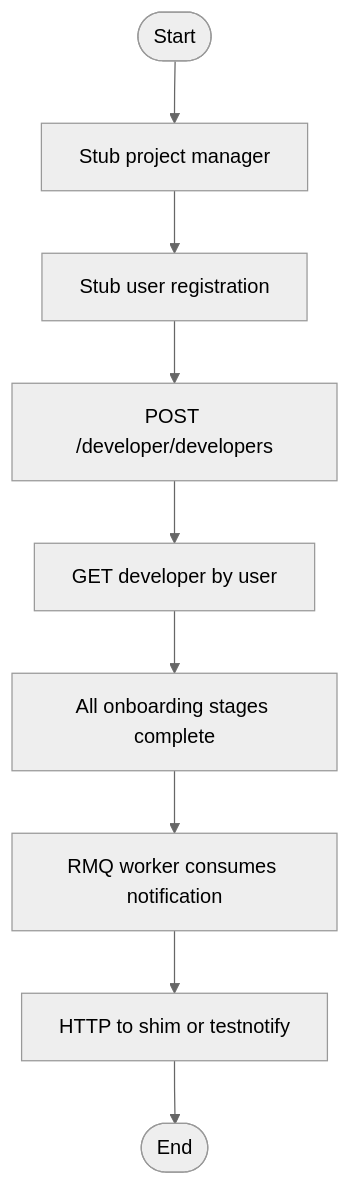
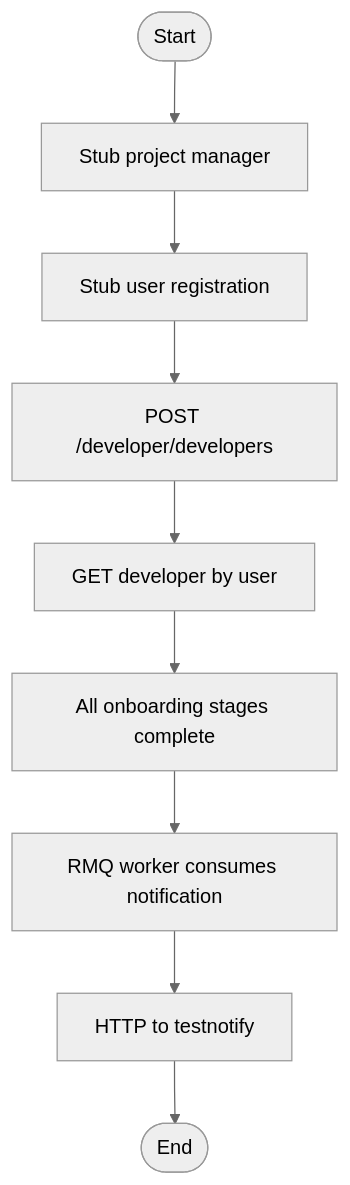
One commit to Valentine-Efagene/mreif-pilot changed the diagram in system-tests/developer-onboarding-flow/OBJECTIVE.md. Above: the diagram before and after it, drawn with Mermaid (neutral theme). The commit also changed other lines of this file and 13 other files, not shown here.

````diff
--- a/system-tests/developer-onboarding-flow/OBJECTIVE.md
+++ b/system-tests/developer-onboarding-flow/OBJECTIVE.md
@@ -45,13 +44,13 @@
 ```mermaid
 flowchart TD
   start([Start])
   m0[Stub project manager]
   m1[Stub user registration]
   m2[POST /developer/developers]
   m3[GET developer by user]
   m4[All onboarding stages complete]
   m5[RMQ worker consumes notification]
-  m6[HTTP to shim or testnotify]
+  m6[HTTP to testnotify]
   endNode([End])
   start --> m0 --> m1 --> m2 --> m3 --> m4 --> m5 --> m6 --> endNode
 ```
````
